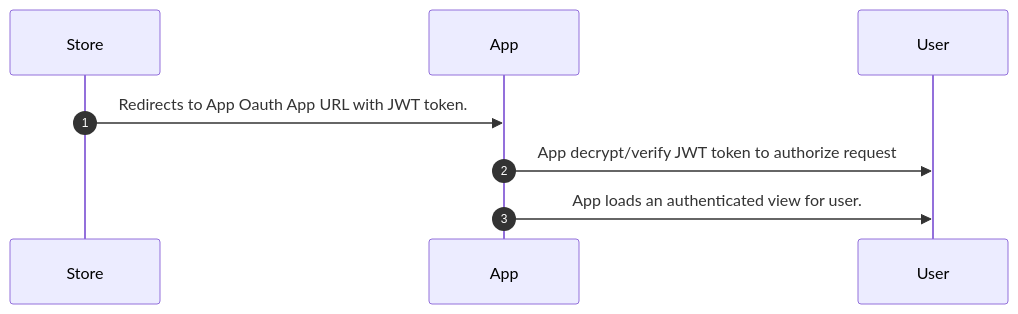
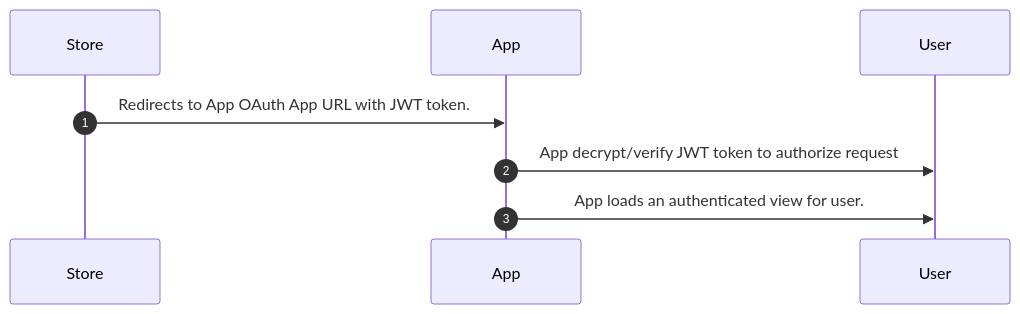
Before and after one commit to NextCommerceCo/developer-docs: the diagram in content/docs/apps/oauth/session-auth.mdx, drawn with Mermaid. The commit also changed 25 other files, not shown here.

````diff
--- a/content/docs/apps/oauth/session-auth.mdx
+++ b/content/docs/apps/oauth/session-auth.mdx
@@ -52,7 +52,7 @@
 ``` mermaid
 sequenceDiagram
   autonumber
-  Store->>App: Redirects to App Oauth App URL with JWT token.
+  Store->>App: Redirects to App OAuth App URL with JWT token.
   App->>User: App decrypt/verify JWT token to authorize request
   App->>User: App loads an authenticated view for user.
 ```
````
